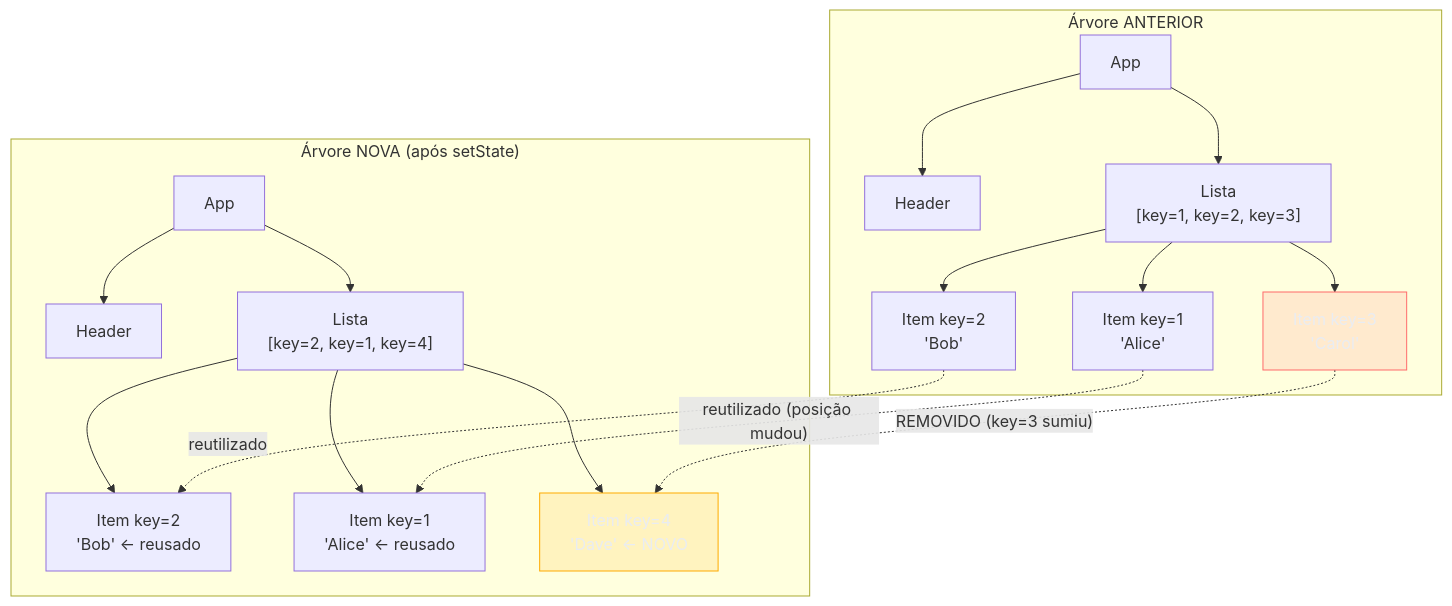
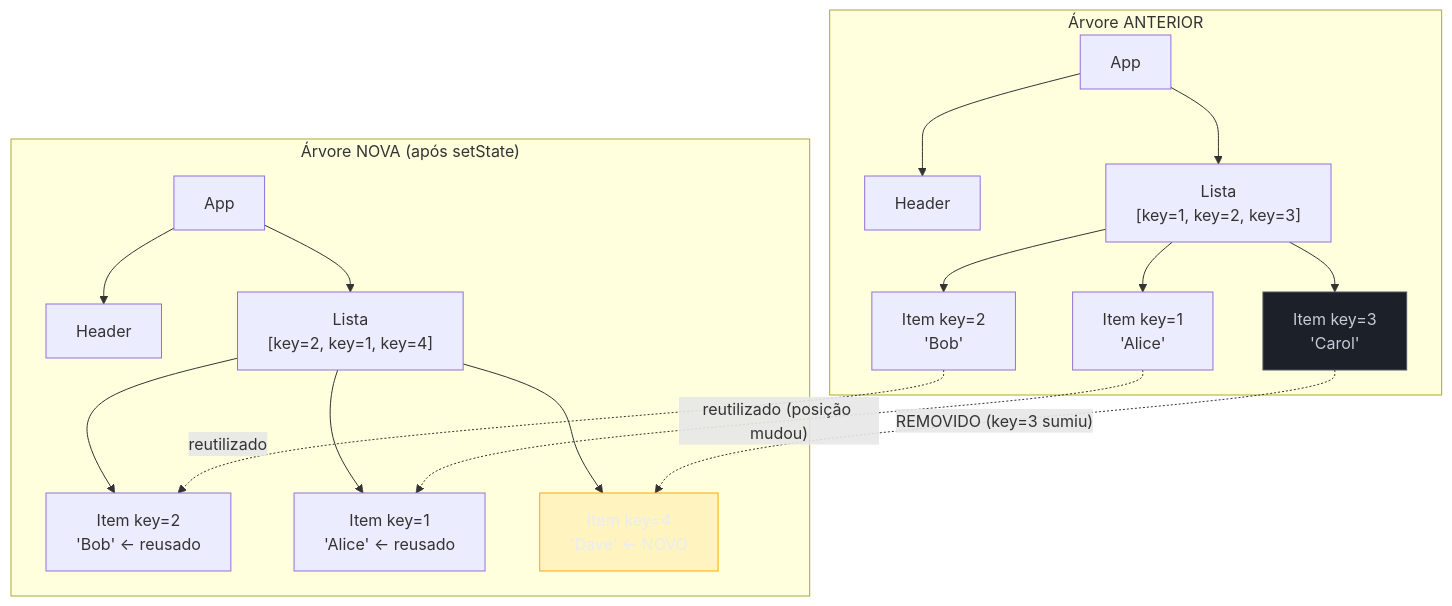
The third of 3 diagrams in 03-Dominios/Tecnologia/React/React core/16 - Reconciliation e diffing a fundo.md (josenaldo/codex-technomanticus), drawn with Mermaid before and after one commit. The commit also changed other lines of this file and 601 other files, not shown here.

````diff
--- a/03-Dominios/Tecnologia/React/React core/16 - Reconciliation e diffing a fundo.md
+++ b/03-Dominios/Tecnologia/React/React core/16 - Reconciliation e diffing a fundo.md
@@ -327,27 +327,27 @@
 ```mermaid
 graph TB
+    classDef neutro fill:#1B2029,stroke:#4E5666,color:#C6CCD8
     classDef destaque fill:#FFAA0024,stroke:#FFAA00,color:#E9ECF2
-    classDef falha fill:#FF6B6B24,stroke:#FF6B6B,color:#E9ECF2
     subgraph "Árvore ANTERIOR"
         OA["App"] --> OH["Header"]
         OA --> OL["Lista\n[key=1, key=2, key=3]"]
         OL --> OI1["Item key=1\n'Alice'"]
         OL --> OI2["Item key=2\n'Bob'"]
         OL --> OI3["Item key=3\n'Carol'"]
     end
 
     subgraph "Árvore NOVA (após setState)"
         NA["App"] --> NH["Header"]
         NA --> NL["Lista\n[key=2, key=1, key=4]"]
         NL --> NI2["Item key=2\n'Bob' ← reusado"]
         NL --> NI1["Item key=1\n'Alice' ← reusado"]
         NL --> NI4["Item key=4\n'Dave' ← NOVO"]
     end
 
     OI1 -. "reutilizado (posição mudou)" .-> NI1
     OI2 -. "reutilizado" .-> NI2
     OI3 -. "REMOVIDO (key=3 sumiu)" .-> NI4
 
     class NI4 destaque
-    class OI3 falha
+    class OI3 neutro
 ```
````
